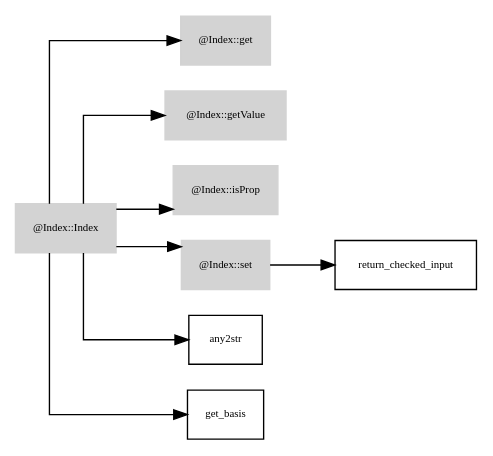
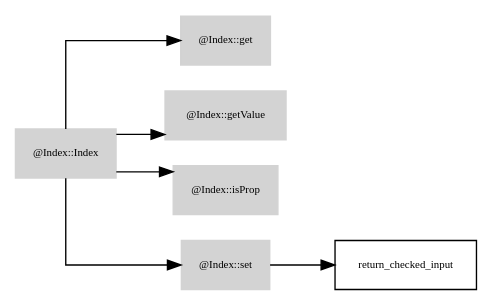
One commit to octarisk/documentation changed the diagram in graphviz_files/Index.dot. Above: the diagram before and after it, drawn with Graphviz. The commit also changed 50 other files, not shown here.

Commit message:
* introduction of graphviz files for all classes and class function dependencies

```diff
--- a/graphviz_files/Index.dot
+++ b/graphviz_files/Index.dot
@@ -1,27 +1,25 @@
 digraph G {
 	fontname = "Bitstream Vera Sans"
 	fontsize = 8
 	node [
 		fontname = "Bitstream Vera Sans"
 		fontsize = 8
 		shape = "record"
 	]
 	edge [
 		fontname = "Bitstream Vera Sans"
 		fontsize = 8
 	]
 	graph [splines=ortho];
 	rankdir=LR;
 	subgraph class_Index {
 		style=filled;
 		node [style=filled,color=lightgrey];
 		"@Index::Index" -> "@Index::get"
 		"@Index::Index" -> "@Index::getValue"
 		"@Index::Index" -> "@Index::isProp"
 		"@Index::Index" -> "@Index::set"
 		label = "@Index";
 	}
-"@Index::Index" 	 -> 	 "any2str"
-"@Index::Index" 	 -> 	 "get_basis"
 "@Index::set" 	 -> 	 "return_checked_input"
 }
```
